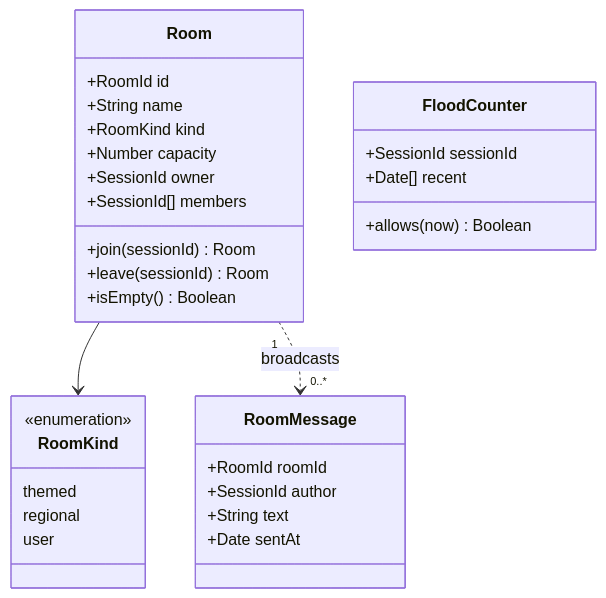
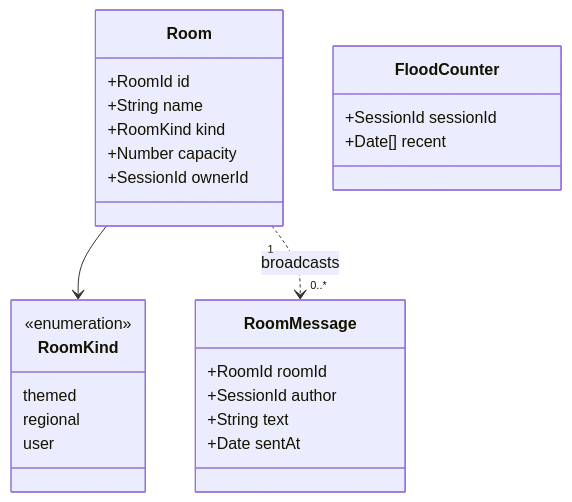
The diagram in docs/architecture/diagrams/rooms/04-class.md (benoit-bremaud/asv), drawn with Mermaid before and after one commit. The commit also changed other lines of this file and 15 other files, not shown here.

````diff
--- a/docs/architecture/diagrams/rooms/04-class.md
+++ b/docs/architecture/diagrams/rooms/04-class.md
@@ -12,33 +12,28 @@
 ```mermaid
 classDiagram
   class Room {
     +RoomId id
     +String name
     +RoomKind kind
     +Number capacity
-    +SessionId owner
-    +SessionId[] members
-    +join(sessionId) Room
-    +leave(sessionId) Room
-    +isEmpty() Boolean
+    +SessionId ownerId
   }
   class RoomKind {
     <<enumeration>>
     themed
     regional
     user
   }
   class RoomMessage {
     +RoomId roomId
     +SessionId author
     +String text
     +Date sentAt
   }
   class FloodCounter {
     +SessionId sessionId
     +Date[] recent
-    +allows(now) Boolean
   }
   Room --> RoomKind
   Room "1" ..> "0..*" RoomMessage : broadcasts
 ```
````
